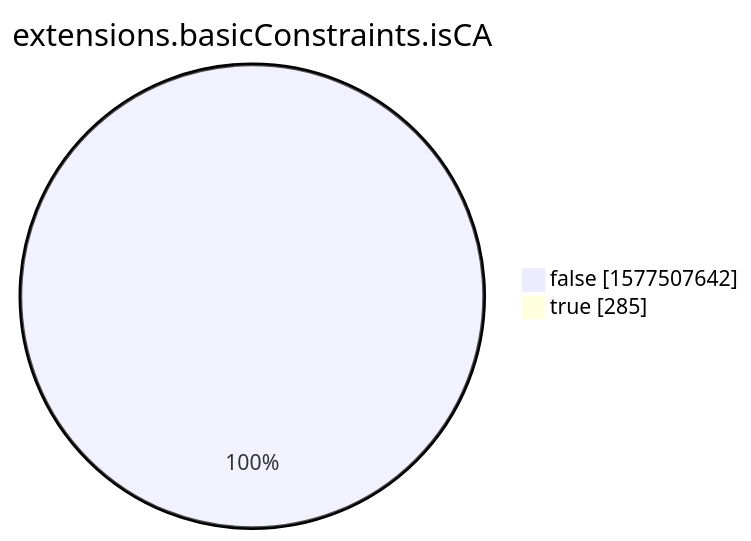
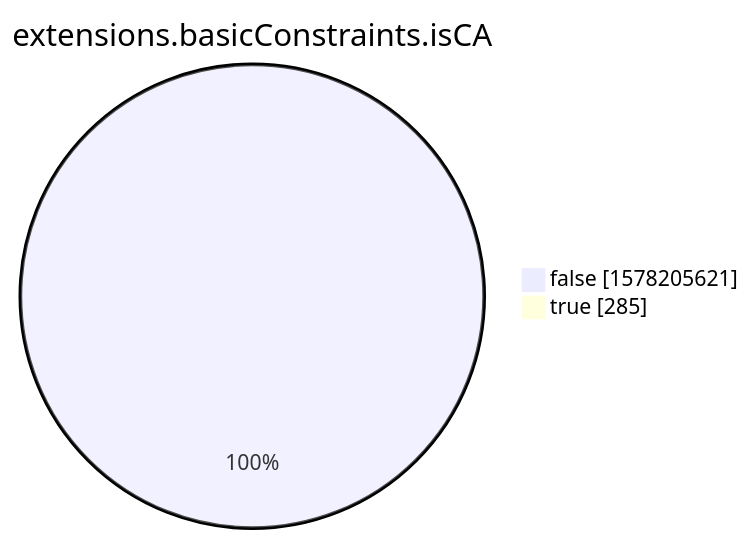
Before and after one commit to christiankrug/ctmonitor_visualization: the eighth of 15 diagrams in xenon2022/README.md, drawn with Mermaid. The commit also changed other lines of this file, not shown here.

````diff
--- a/xenon2022/README.md
+++ b/xenon2022/README.md
@@ -2861,6 +2861,6 @@
 ```mermaid
 pie showData
 title extensions.basicConstraints.isCA
-"false" :1577507642
+"false" :1578205621
 "true" :285
 ```
````
